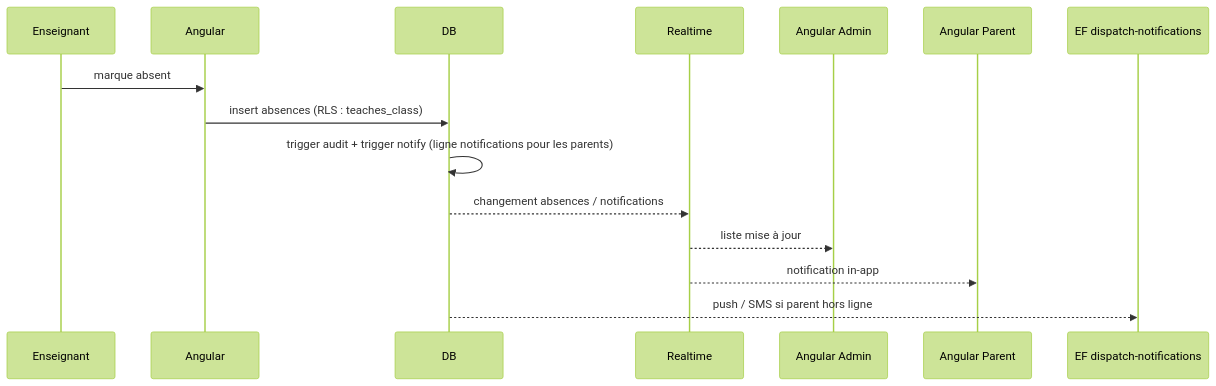
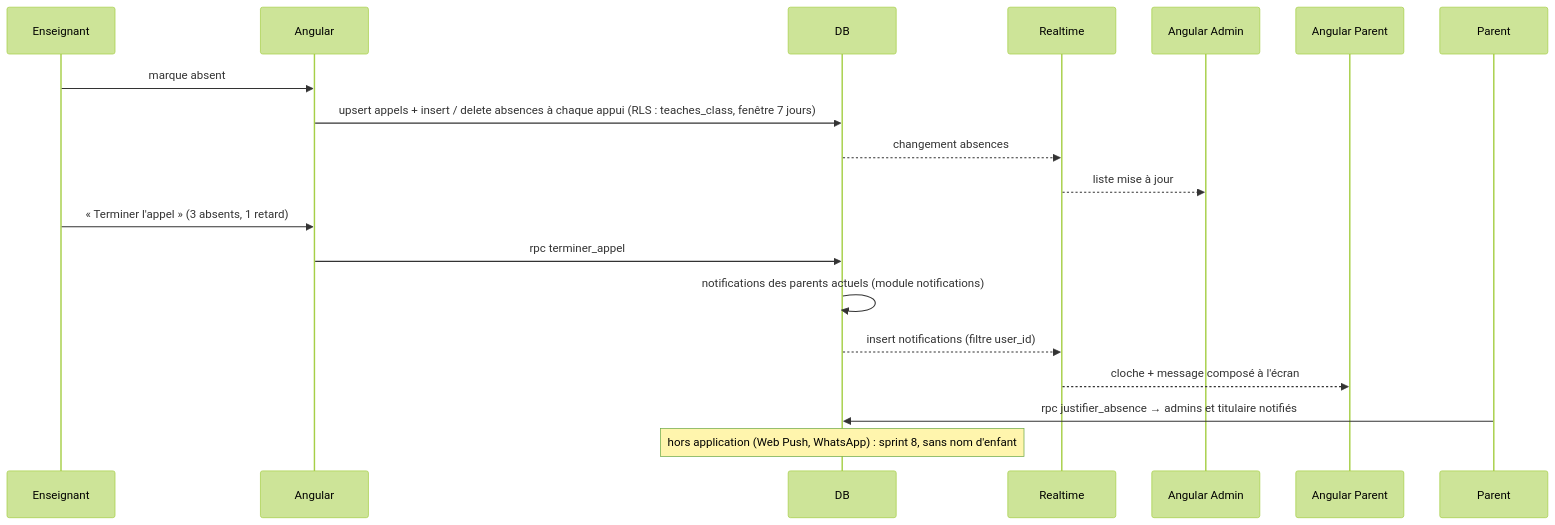
One commit to Assane-kot/daara changed the third of 3 diagrams in docs/LLD.md. Above: the diagram before and after it, drawn with Mermaid (forest theme). The commit also changed other lines of this file and 5 other files, not shown here.

First line of the commit message:
docs(absences): conception du sprint 5, temps réel et notifications (S5.0)

````diff
--- a/docs/LLD.md
+++ b/docs/LLD.md
@@ -508,10 +544,14 @@
 ```mermaid
 sequenceDiagram
   Enseignant->>Angular: marque absent
-  Angular->>DB: insert absences (RLS : teaches_class)
-  DB->>DB: trigger audit + trigger notify (ligne notifications pour les parents)
-  DB-->>Realtime: changement absences / notifications
+  Angular->>DB: upsert appels + insert / delete absences à chaque appui (RLS : teaches_class, fenêtre 7 jours)
+  DB-->>Realtime: changement absences
   Realtime-->>Angular Admin: liste mise à jour
-  Realtime-->>Angular Parent: notification in-app
-  DB-->>EF dispatch-notifications: push / SMS si parent hors ligne
+  Enseignant->>Angular: « Terminer l'appel » (3 absents, 1 retard)
+  Angular->>DB: rpc terminer_appel
+  DB->>DB: notifications des parents actuels (module notifications)
+  DB-->>Realtime: insert notifications (filtre user_id)
+  Realtime-->>Angular Parent: cloche + message composé à l'écran
+  Parent->>DB: rpc justifier_absence → admins et titulaire notifiés
+  Note over DB: hors application (Web Push, WhatsApp) : sprint 8, sans nom d'enfant
 ```
````
